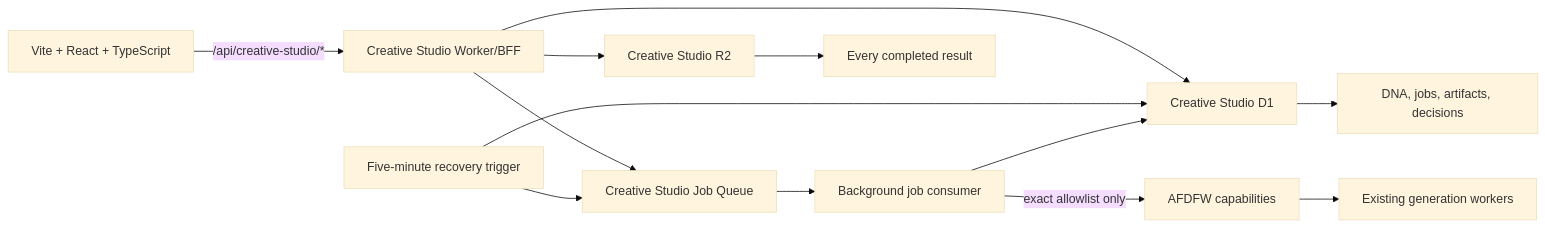
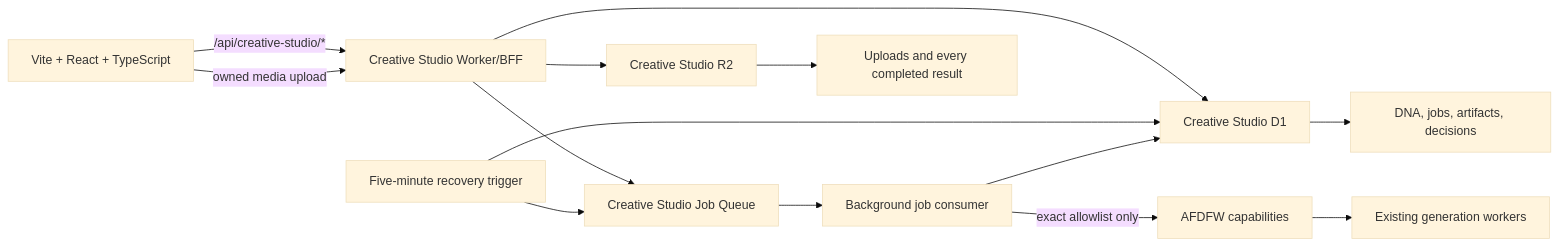
One commit to AngeloTobo/Creative-Studio changed the diagram in docs/ARCHITECTURE.md. Above: the diagram before and after it, drawn with Mermaid (base theme). The commit also changed other lines of this file and 24 other files, not shown here.

Commit message:
Add durable project media uploads

````diff
--- a/docs/ARCHITECTURE.md
+++ b/docs/ARCHITECTURE.md
@@ -5,15 +5,16 @@
 ```mermaid
 flowchart LR
   UI["Vite + React + TypeScript"] -->|"/api/creative-studio/*"| BFF["Creative Studio Worker/BFF"]
   BFF --> D1["Creative Studio D1"]
   BFF --> Q["Creative Studio Job Queue"]
   CRON["Five-minute recovery trigger"] --> D1
   CRON --> Q
   Q --> WORKER["Background job consumer"]
   WORKER --> D1
   BFF --> R2["Creative Studio R2"]
+  UI -->|"owned media upload"| BFF
   WORKER -->|"exact allowlist only"| AF["AFDFW capabilities"]
   AF --> GEN["Existing generation workers"]
   D1 --> HIST["DNA, jobs, artifacts, decisions"]
-  R2 --> MEDIA["Every completed result"]
+  R2 --> MEDIA["Uploads and every completed result"]
 ```
````
